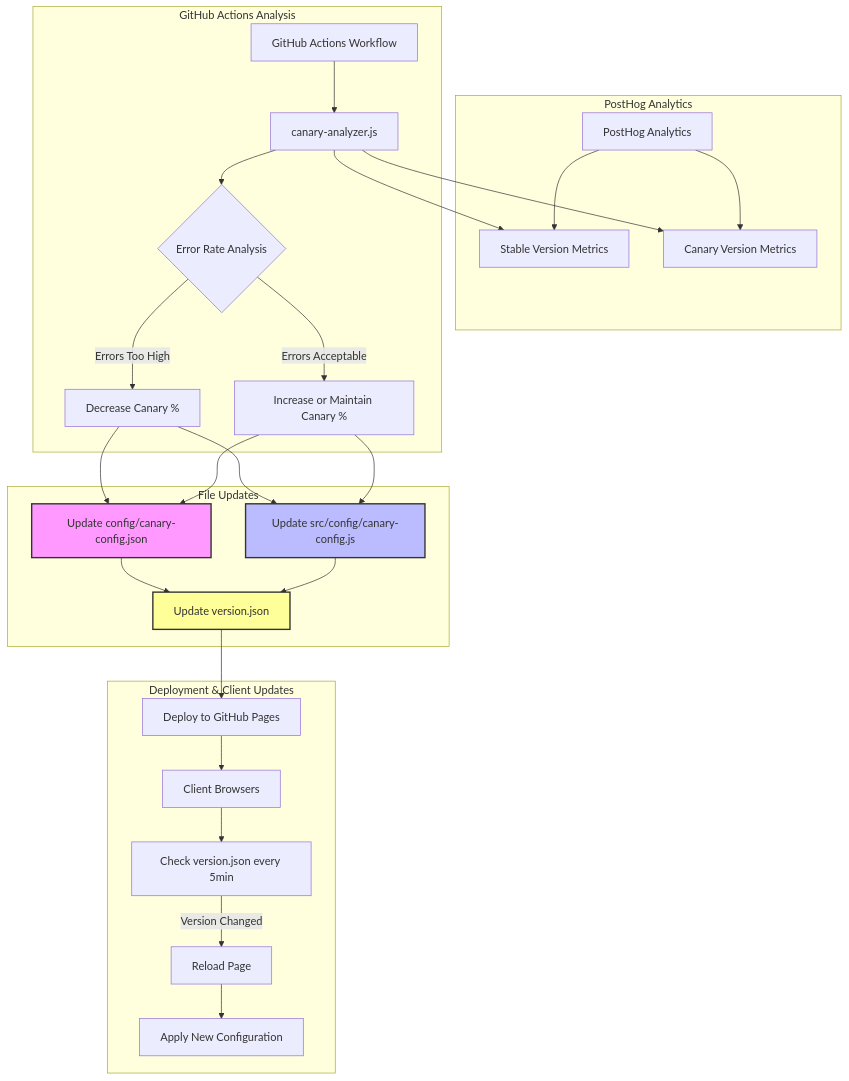
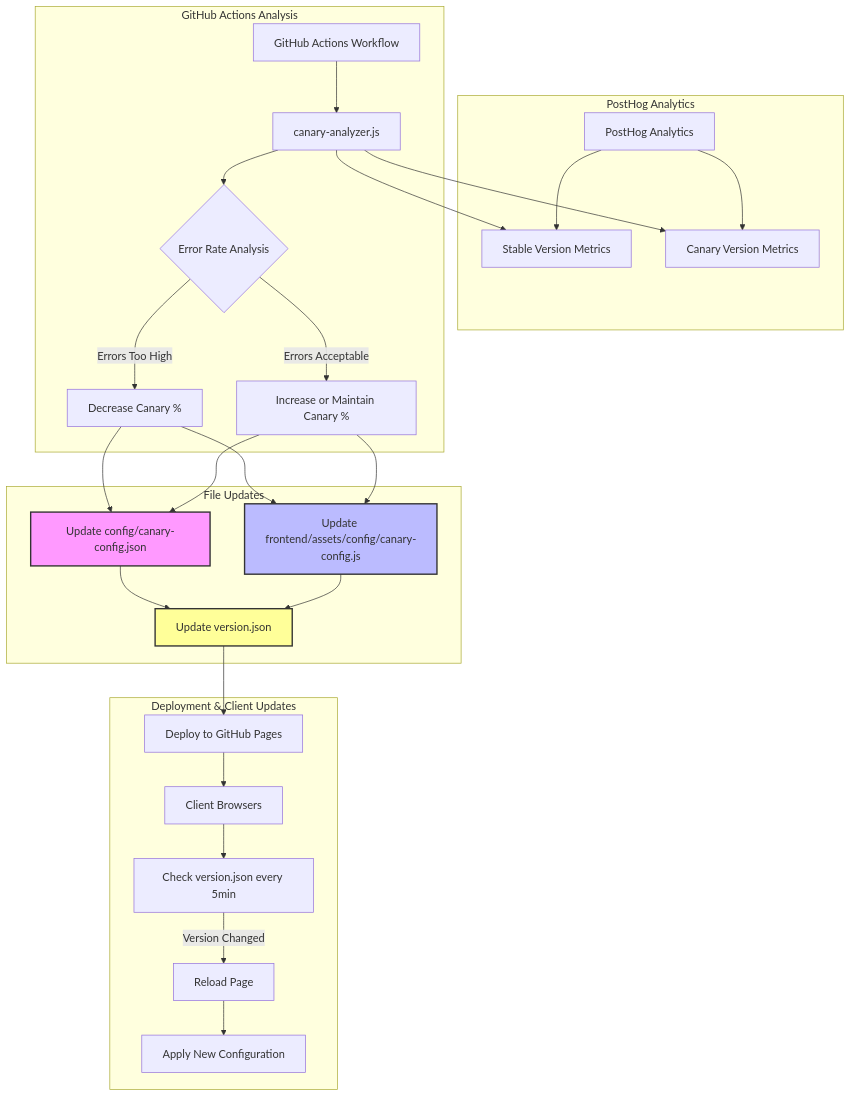
One commit to lloydchang/client-side-canary-deployment changed the first of 2 diagrams in docs/ANALYTICS.md. Above: the diagram before and after it, drawn with Mermaid. The commit also changed other lines of this file and 2 other files, not shown here.

````diff
--- a/docs/ANALYTICS.md
+++ b/docs/ANALYTICS.md
@@ -25,44 +25,44 @@
 ```mermaid
 graph TD
     subgraph "PostHog Analytics"
         PH[PostHog Analytics]
         Stable[Stable Version Metrics]
         Canary[Canary Version Metrics]
         PH --> Stable
         PH --> Canary
     end
     
     subgraph "GitHub Actions Analysis"
         GA[GitHub Actions Workflow]
         Analysis[canary-analyzer.js]
         Decision{Error Rate Analysis}
         
         GA --> Analysis
         Analysis --> Stable
         Analysis --> Canary
         Analysis --> Decision
         Decision -->|Errors Too High| Decrease[Decrease Canary %]
         Decision -->|Errors Acceptable| Increase[Increase or Maintain Canary %]
     end
     
     subgraph "File Updates"
         Decrease --> JSON[Update config/canary-config.json]
-        Decrease --> JS[Update src/config/canary-config.js]
+        Decrease --> JS[Update frontend/assets/config/canary-config.js]
         Increase --> JSON
         Increase --> JS
         JSON --> Version[Update version.json]
         JS --> Version
     end
     
     subgraph "Deployment & Client Updates"
         Version --> Deploy[Deploy to GitHub Pages]
         Deploy --> Clients[Client Browsers]
         Clients --> Check[Check version.json every 5min]
         Check -->|Version Changed| Reload[Reload Page]
         Reload --> NewConfig[Apply New Configuration]
     end
     
     style JSON fill:#f9f,stroke:#333,stroke-width:2px
     style JS fill:#bbf,stroke:#333,stroke-width:2px
     style Version fill:#ff9,stroke:#333,stroke-width:2px
 ```
````
